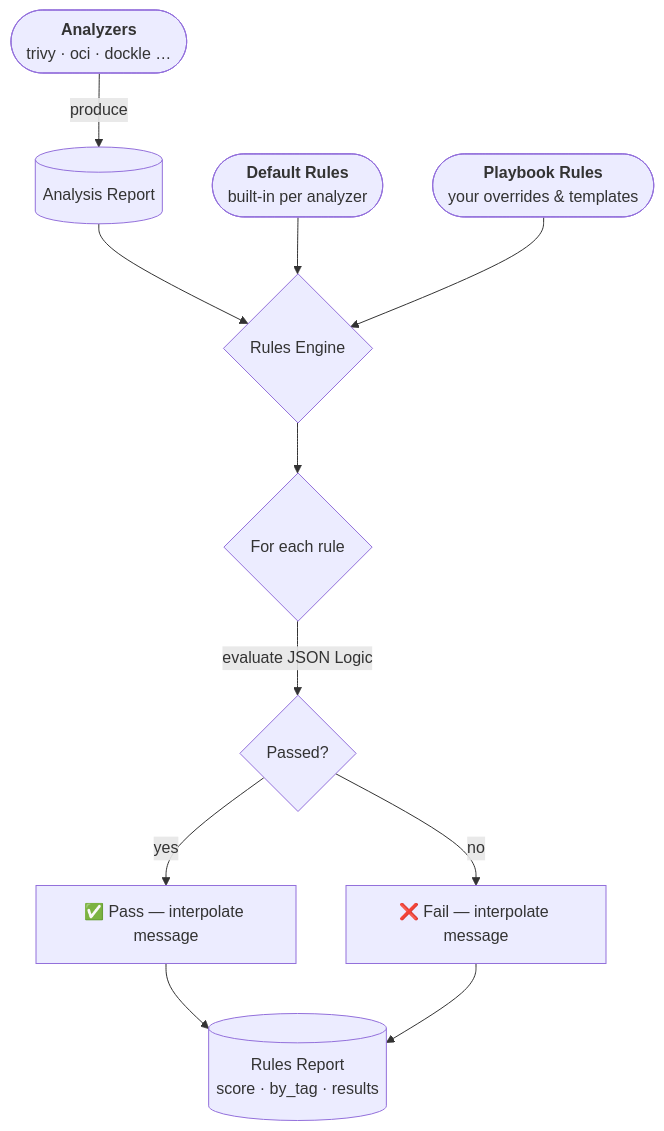
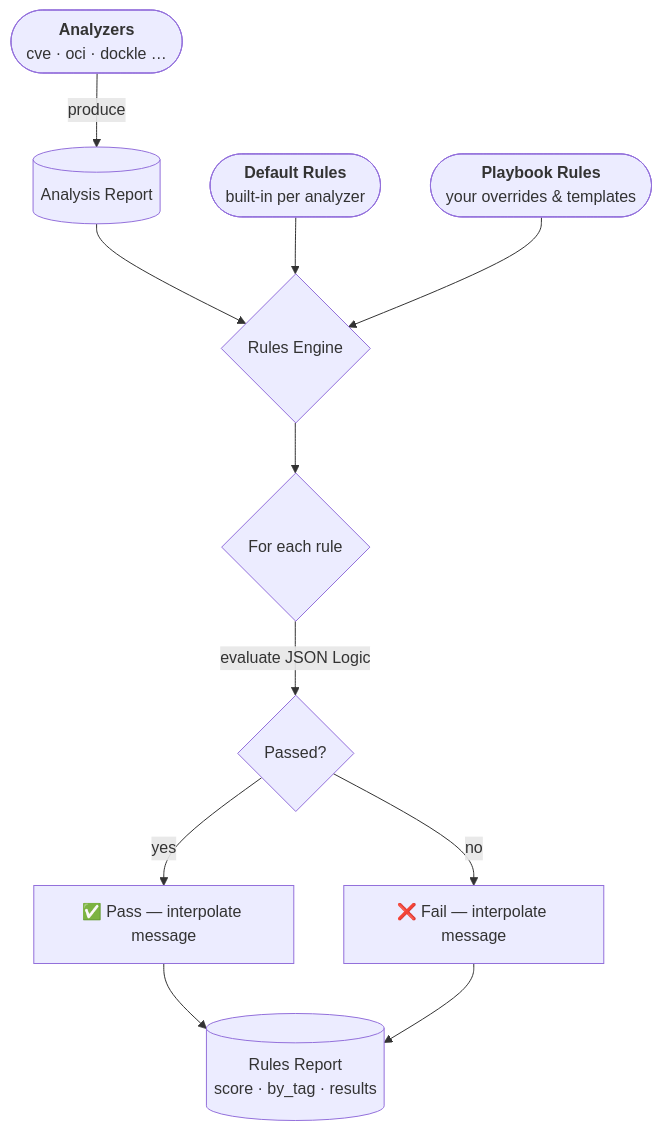
The diagram in docs/website/docs/concepts/rules.md (trivoallan/regis), drawn with Mermaid before and after one commit. The commit also changed other lines of this file and 45 other files, not shown here.

````diff
--- a/docs/website/docs/concepts/rules.md
+++ b/docs/website/docs/concepts/rules.md
@@ -13,15 +13,15 @@
 ```mermaid
 flowchart TD
     A(["`**Analyzers**
-    trivy · oci · dockle …`"]) -->|produce| B[(Analysis Report)]
+    cve · oci · dockle …`"]) -->|produce| B[(Analysis Report)]
     B --> C{Rules Engine}
     D(["`**Default Rules**
     built-in per analyzer`"]) --> C
     E(["`**Playbook Rules**
     your overrides & templates`"]) --> C
     C --> F{For each rule}
     F -->|evaluate JSON Logic| G{Passed?}
     G -->|yes| H[✅ Pass — interpolate message]
     G -->|no| I[❌ Fail — interpolate message]
     H & I --> J[(Rules Report\nscore · by_tag · results)]
 ```
````
